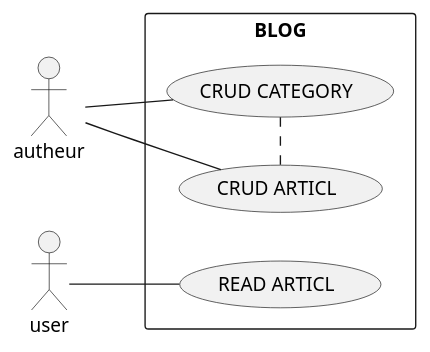
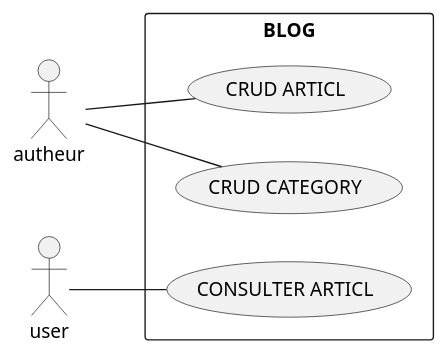
Before and after one commit to Cyclops789/solicode-laravel-orm: the diagram in Analyse/usecase.puml, drawn with PlantUML.

Commit message:
usecase done valide

```diff
--- a/Analyse/usecase.puml
+++ b/Analyse/usecase.puml
@@ -1,17 +1,17 @@
 @startuml
 left to right direction
 actor "autheur" as us
 actor "user" as ad
 rectangle BLOG {
 
   usecase "CRUD ARTICL" as UC1
   usecase "CRUD CATEGORY" as UC3
-  usecase "READ ARTICL" as UC2
+  usecase "CONSULTER ARTICL" as UC2
 
 }
 us -- UC1
 us -- UC3
 ad -- UC2
-UC1 . UC3 
+
 
 @enduml
```
